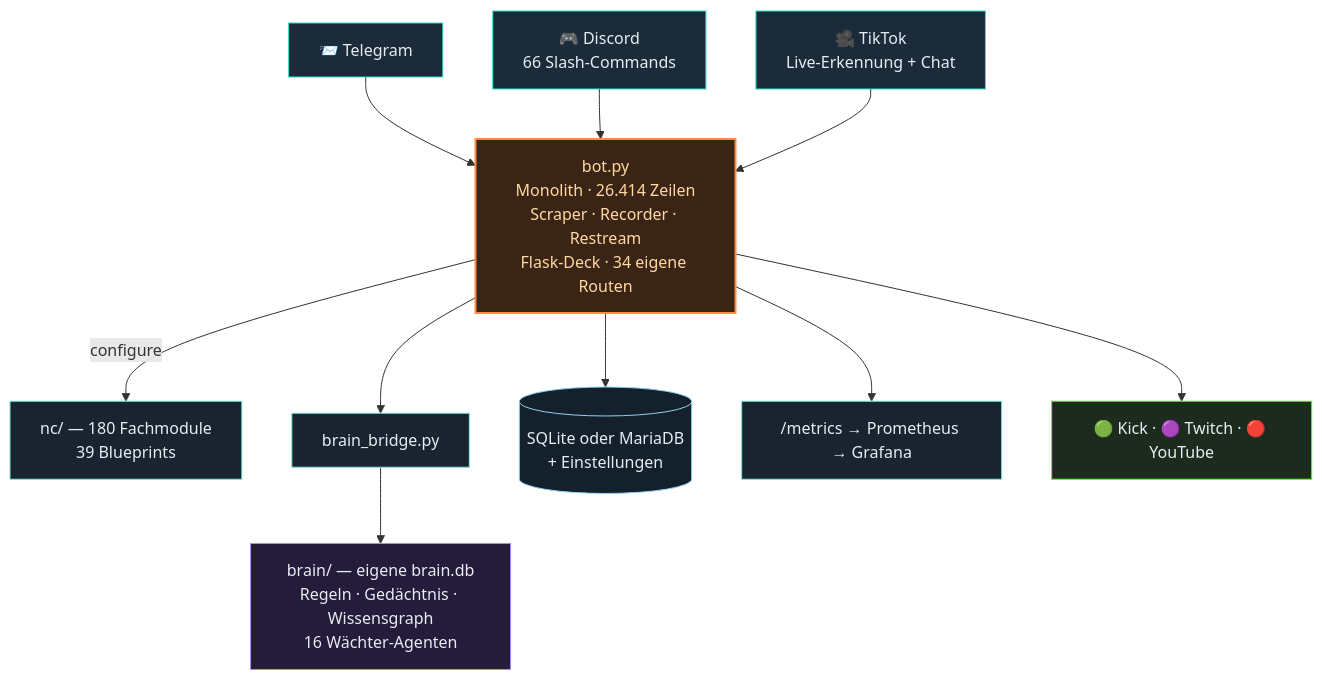
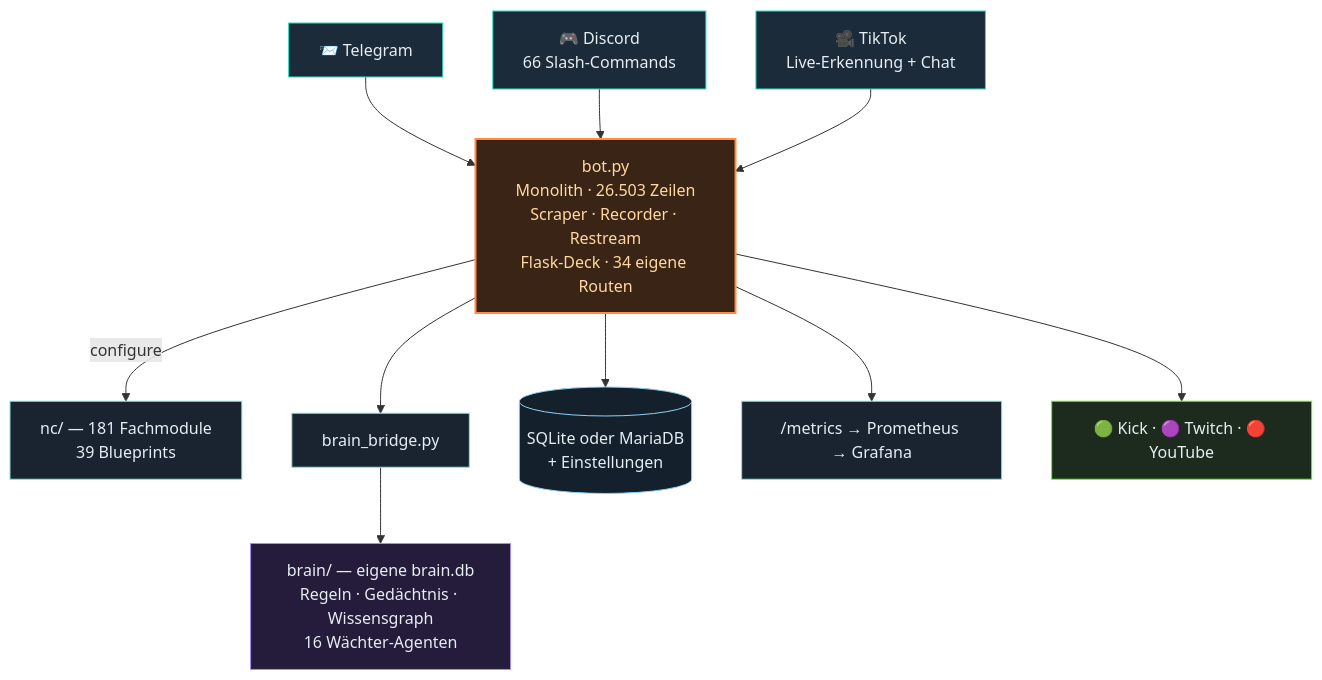
One commit to itsamemedev/Telegram-Stream-Info-Bot changed the second of 3 diagrams in README.md. Above: the diagram before and after it, drawn with Mermaid. The commit also changed other lines of this file and 16 other files, not shown here.

````diff
--- a/README.md
+++ b/README.md
@@ -118,19 +118,19 @@
 ```mermaid
 flowchart TB
     TG["📨 Telegram"]:::ein --> BOT
     DC["🎮 Discord<br/>66 Slash-Commands"]:::ein --> BOT
     TT["🎥 TikTok<br/>Live-Erkennung + Chat"]:::ein --> BOT
-    BOT["bot.py<br/>Monolith · 26.414 Zeilen<br/>Scraper · Recorder · Restream<br/>Flask-Deck · 34 eigene Routen"]:::core
-    BOT -->|configure| NC["nc/ — 180 Fachmodule<br/>39 Blueprints"]:::lib
+    BOT["bot.py<br/>Monolith · 26.503 Zeilen<br/>Scraper · Recorder · Restream<br/>Flask-Deck · 34 eigene Routen"]:::core
+    BOT -->|configure| NC["nc/ — 181 Fachmodule<br/>39 Blueprints"]:::lib
     BOT --> BR["brain_bridge.py"]:::lib
     BR --> BRAIN["brain/ — eigene brain.db<br/>Regeln · Gedächtnis · Wissensgraph<br/>16 Wächter-Agenten"]:::brain
     BOT --> DB[("SQLite oder MariaDB<br/>+ Einstellungen")]:::db
     BOT --> PROM["/metrics → Prometheus → Grafana"]:::lib
     BOT --> OUT["🟢 Kick · 🟣 Twitch · 🔴 YouTube"]:::out
     classDef ein fill:#1c2b3a,stroke:#2de1c2,color:#e6edf3
     classDef core fill:#3a2415,stroke:#ff8c42,stroke-width:2px,color:#ffd9a0
     classDef lib fill:#1a2430,stroke:#7fe7d4,color:#e6edf3
     classDef brain fill:#241c3a,stroke:#a78bfa,color:#e6edf3
     classDef db fill:#14202c,stroke:#8fd3f4,color:#e6edf3
     classDef out fill:#1c2b1e,stroke:#53fc18,color:#e6edf3
 ```
````
